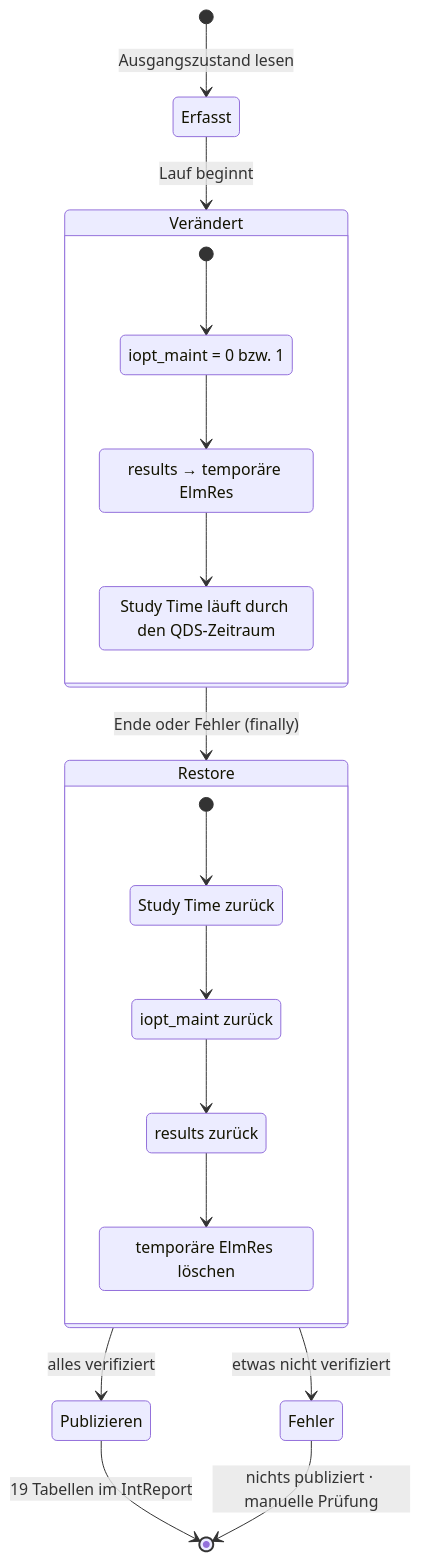
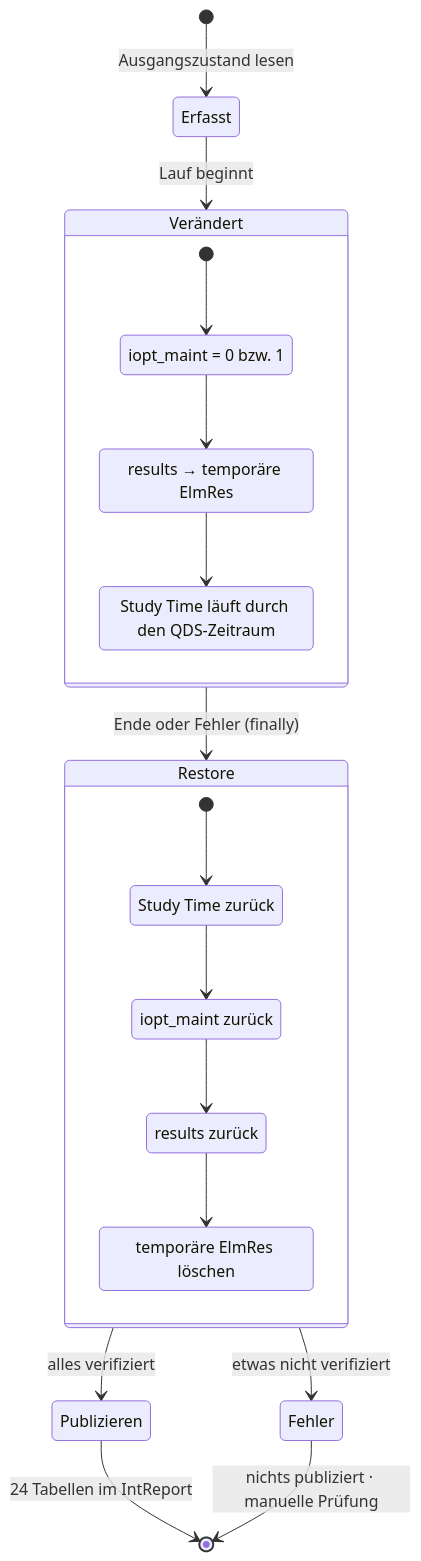
One commit to hadiibrahim-Engin/gridlens-powerfactory changed the sixth of 8 diagrams in BIG_PICTURE.md. Above: the diagram before and after it, drawn with Mermaid. The commit also changed other lines of this file and 7 other files, not shown here.

````diff
--- a/BIG_PICTURE.md
+++ b/BIG_PICTURE.md
@@ -213,28 +213,28 @@
 ```mermaid
 stateDiagram-v2
     [*] --> Erfasst: Ausgangszustand lesen
     Erfasst --> Verändert: Lauf beginnt
     state Verändert {
         state "iopt_maint = 0 bzw. 1" as Option
         state "results → temporäre ElmRes" as Bindung
         state "Study Time läuft durch den QDS-Zeitraum" as Uhr
         [*] --> Option
         Option --> Bindung
         Bindung --> Uhr
     }
     Verändert --> Restore: Ende oder Fehler (finally)
     state Restore {
         state "Study Time zurück" as R1
         state "iopt_maint zurück" as R2
         state "results zurück" as R3
         state "temporäre ElmRes löschen" as R4
         [*] --> R1
         R1 --> R2
         R2 --> R3
         R3 --> R4
     }
     Restore --> Publizieren: alles verifiziert
     Restore --> Fehler: etwas nicht verifiziert
-    Publizieren --> [*]: 19 Tabellen im IntReport
+    Publizieren --> [*]: 24 Tabellen im IntReport
     Fehler --> [*]: nichts publiziert · manuelle Prüfung
 ```
````
